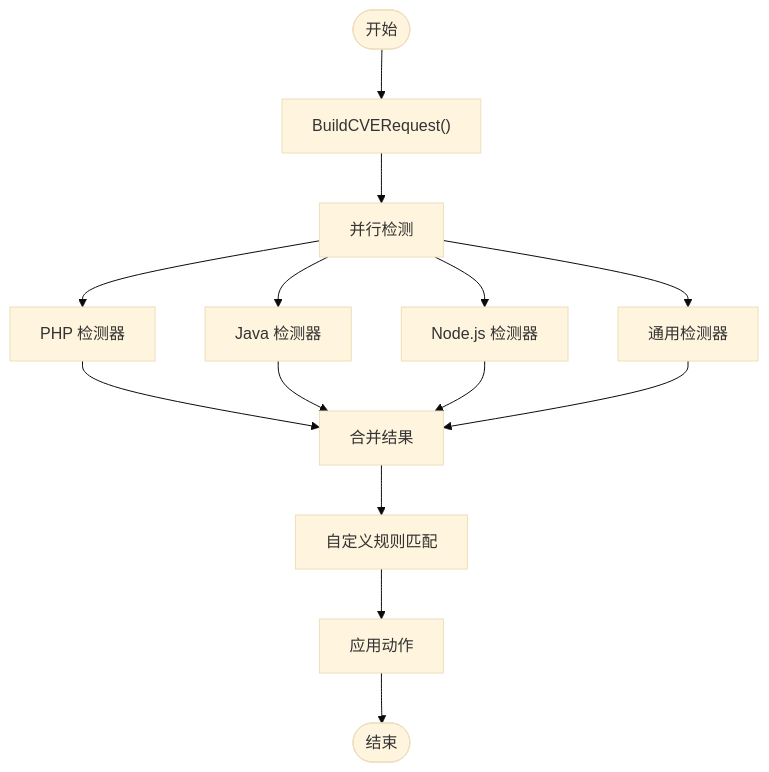
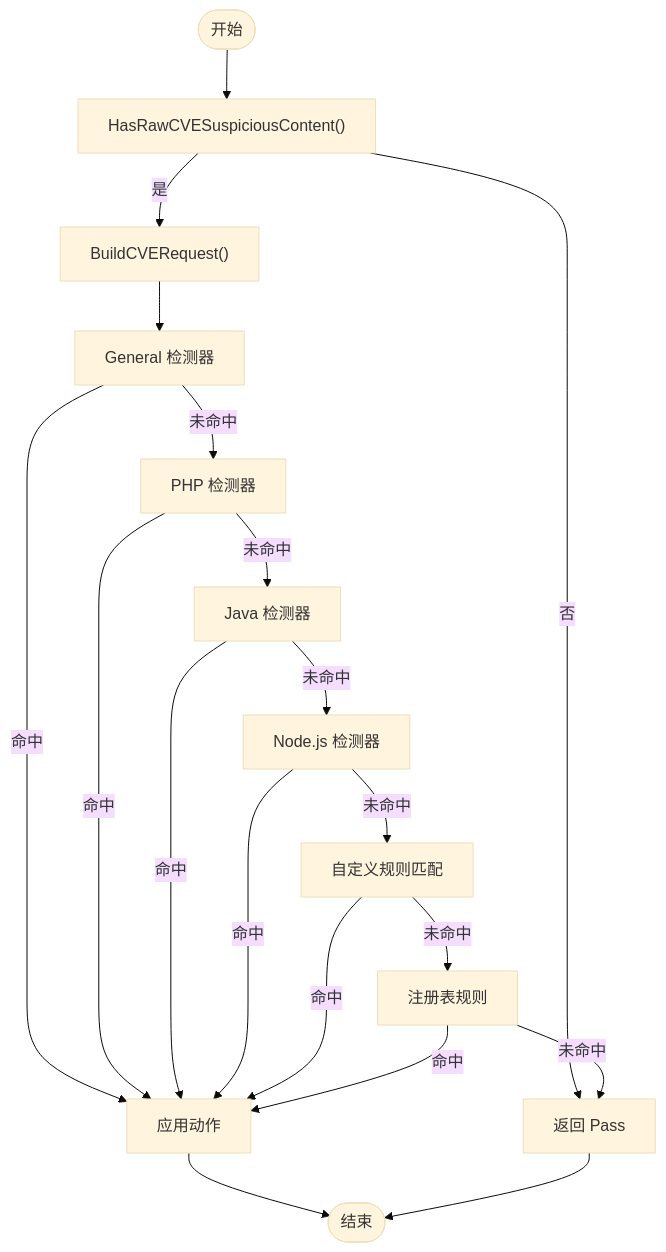
Before and after one commit to x01n/My-OpenWaf: the eighth of 11 diagrams in docs/WAF 引擎系统/处理阶段详解/处理阶段详解.md, drawn with Mermaid (base theme). The commit also changed other lines of this file and 354 other files, not shown here.

````diff
--- a/docs/WAF 引擎系统/处理阶段详解/处理阶段详解.md
+++ b/docs/WAF 引擎系统/处理阶段详解/处理阶段详解.md
@@ -365,16 +325,21 @@
 ```mermaid
 flowchart TD
-Start(["开始"]) --> BuildReq["BuildCVERequest()"]
-BuildReq --> Parallel["并行检测"]
-Parallel --> PHP["PHP 检测器"]
-Parallel --> Java["Java 检测器"]
-Parallel --> Node["Node.js 检测器"]
-Parallel --> General["通用检测器"]
-PHP --> Merge["合并结果"]
-Java --> Merge
-Node --> Merge
-General --> Merge
-Merge --> Custom["自定义规则匹配"]
-Custom --> Action["应用动作"]
+Start(["开始"]) --> Precheck["HasRawCVESuspiciousContent()"]
+Precheck --> |否| Pass["返回 Pass"]
+Precheck --> |是| BuildReq["BuildCVERequest()"]
+BuildReq --> General["General 检测器"]
+General --> |命中| Action["应用动作"]
+General --> |未命中| PHP["PHP 检测器"]
+PHP --> |命中| Action
+PHP --> |未命中| Java["Java 检测器"]
+Java --> |命中| Action
+Java --> |未命中| Node["Node.js 检测器"]
+Node --> |命中| Action
+Node --> |未命中| Custom["自定义规则匹配"]
+Custom --> |命中| Action
+Custom --> |未命中| Registry["注册表规则"]
+Registry --> |命中| Action
+Registry --> |未命中| Pass
 Action --> End(["结束"])
+Pass --> End
 ```
````
